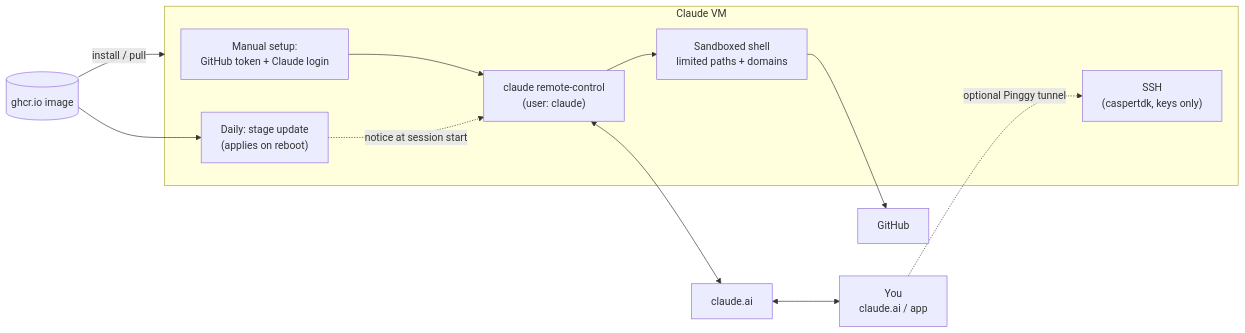
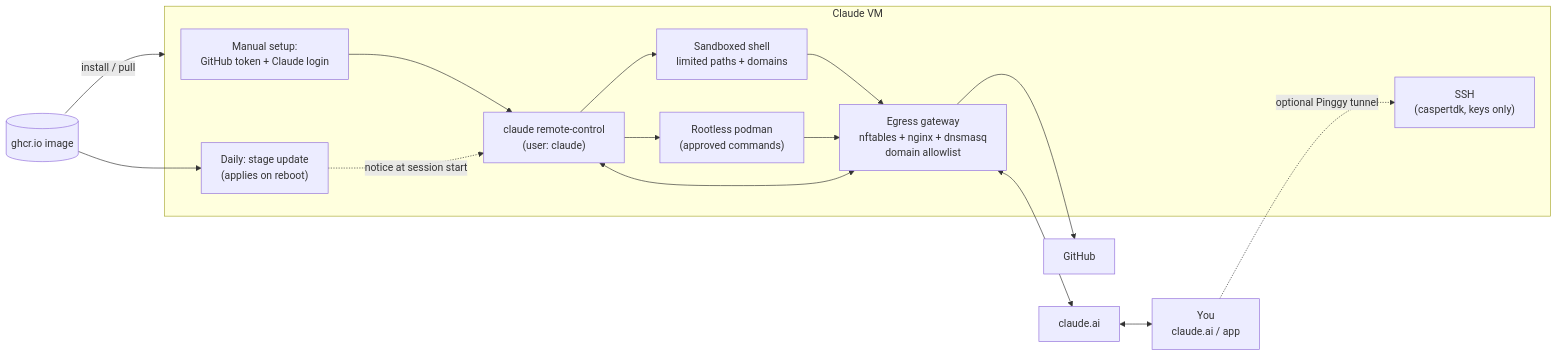
Before and after one commit to cthtrifork/homeserver-bootc: the diagram in docs/claude-vm/README.md, drawn with Mermaid. The commit also changed other lines of this file and 17 other files, not shown here.

Commit message:
claude-vm: enforce an egress allowlist for the agent user and podman (#950)

````diff
--- a/docs/claude-vm/README.md
+++ b/docs/claude-vm/README.md
@@ -12,24 +12,31 @@
 ```mermaid
 flowchart LR
     REG[("ghcr.io image")]
     YOU["You<br/>claude.ai / app"]
     ANTH["claude.ai"]
     GH["GitHub"]
 
     subgraph VM["Claude VM"]
         SETUP["Manual setup:<br/>GitHub token + Claude login"]
         RC["claude remote-control<br/>(user: claude)"]
         SB["Sandboxed shell<br/>limited paths + domains"]
+        POD["Rootless podman<br/>(approved commands)"]
+        GW["Egress gateway<br/>nftables + nginx + dnsmasq<br/>domain allowlist"]
         UPD["Daily: stage update<br/>(applies on reboot)"]
         SSH["SSH<br/>(caspertdk, keys only)"]
     end
 
     REG -->|install / pull| VM
     SETUP --> RC
     RC --> SB
-    SB --> GH
-    RC <--> ANTH <--> YOU
+    RC --> POD
+    SB --> GW
+    POD --> GW
+    RC <--> GW
+    GW --> GH
+    GW <--> ANTH
+    ANTH <--> YOU
     REG --> UPD
     UPD -.->|notice at session start| RC
     YOU -.->|"optional Pinggy tunnel"| SSH
 ```
````
